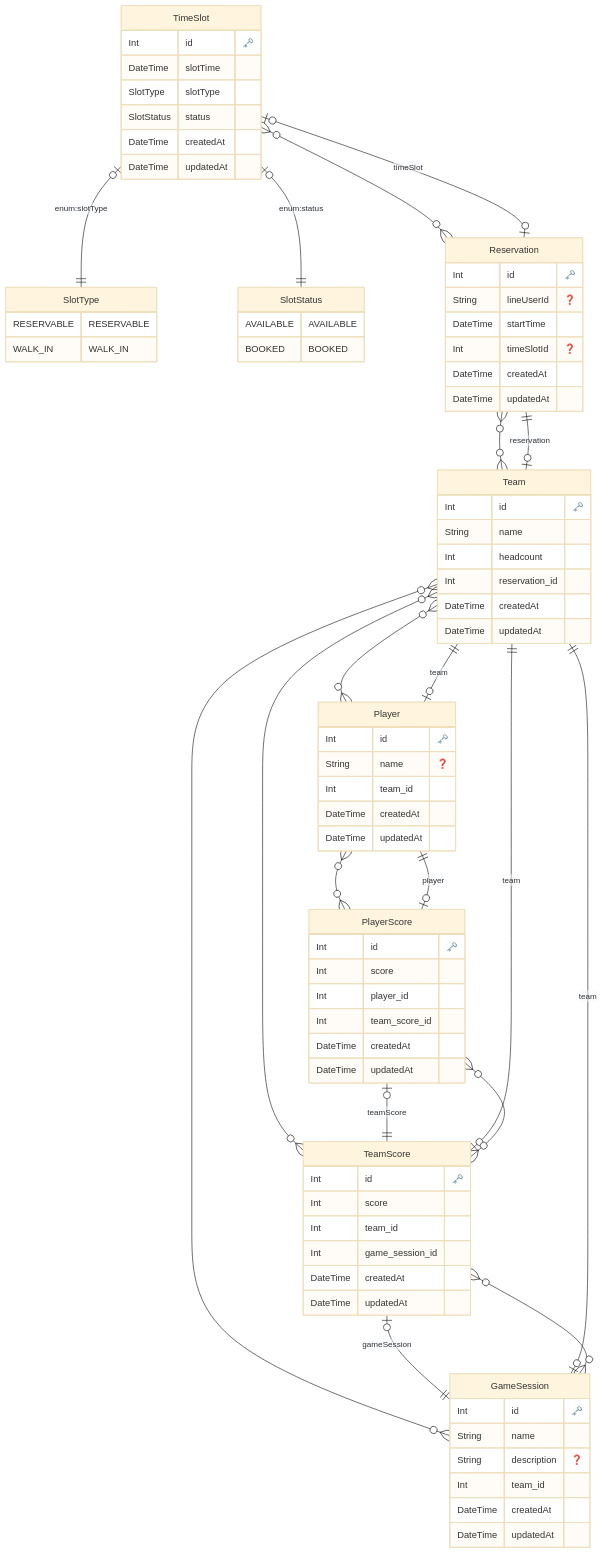
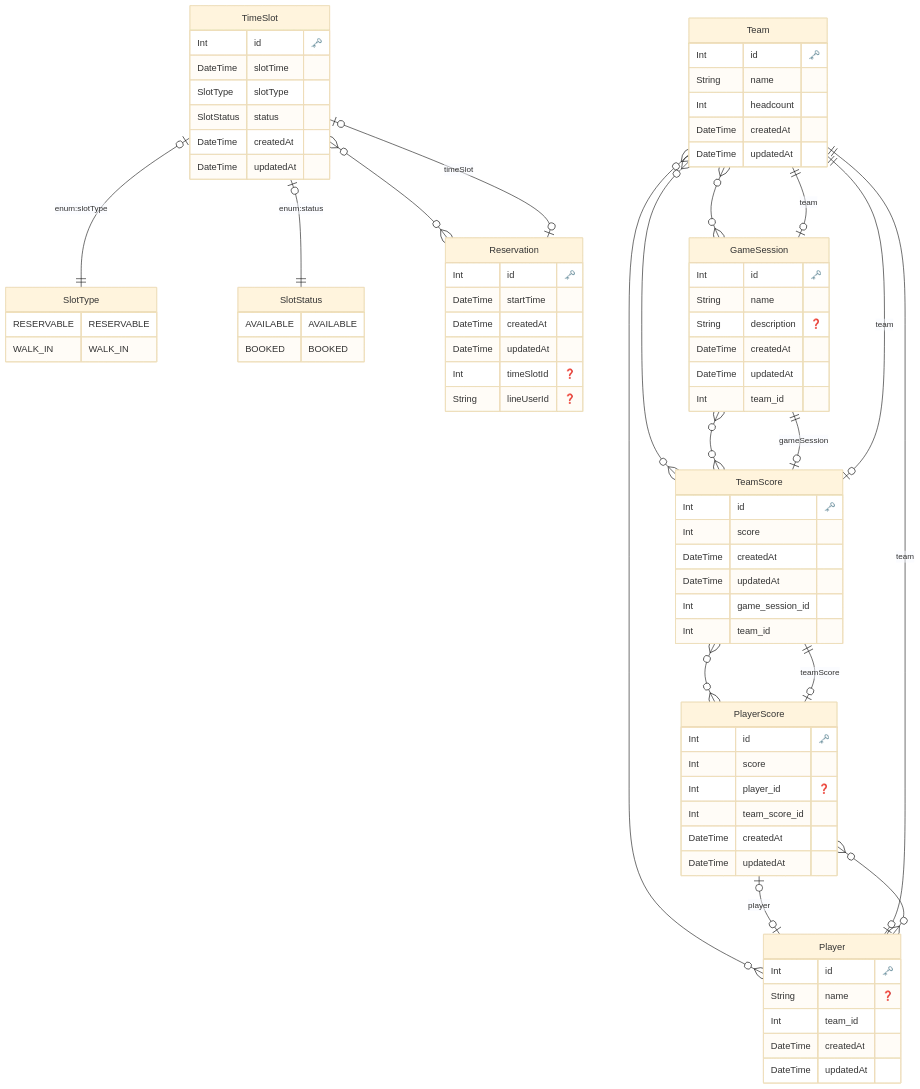
The diagram in prisma/ERD.md (Information-2024-s/reservation_system), drawn with Mermaid (base theme) before and after one commit. The commit also changed 3 other files, not shown here.

````diff
--- a/prisma/ERD.md
+++ b/prisma/ERD.md
@@ -25,11 +25,11 @@
 
   "Reservation" {
     Int id "🗝️"
-    String lineUserId "❓"
     DateTime startTime 
-    Int timeSlotId "❓"
     DateTime createdAt 
     DateTime updatedAt 
+    Int timeSlotId "❓"
+    String lineUserId "❓"
     }
   
 
@@ -37,7 +37,6 @@
     Int id "🗝️"
     String name 
     Int headcount 
-    Int reservation_id 
     DateTime createdAt 
     DateTime updatedAt 
     }
@@ -56,26 +55,26 @@
     Int id "🗝️"
     String name 
     String description "❓"
-    Int team_id 
     DateTime createdAt 
     DateTime updatedAt 
+    Int team_id 
     }
   
 
   "TeamScore" {
     Int id "🗝️"
     Int score 
-    Int team_id 
-    Int game_session_id 
     DateTime createdAt 
     DateTime updatedAt 
+    Int game_session_id 
+    Int team_id 
     }
   
 
   "PlayerScore" {
     Int id "🗝️"
     Int score 
-    Int player_id 
+    Int player_id "❓"
     Int team_score_id 
     DateTime createdAt 
     DateTime updatedAt 
@@ -85,18 +84,16 @@
     "TimeSlot" o|--|| "SlotStatus" : "enum:status"
     "TimeSlot" o{--}o "Reservation" : ""
     "Reservation" o|--|o "TimeSlot" : "timeSlot"
-    "Reservation" o{--}o "Team" : ""
-    "Team" o|--|| "Reservation" : "reservation"
+    "Team" o{--}o "GameSession" : ""
     "Team" o{--}o "Player" : ""
-    "Team" o{--}o "GameSession" : ""
     "Team" o{--}o "TeamScore" : ""
     "Player" o|--|| "Team" : "team"
     "Player" o{--}o "PlayerScore" : ""
     "GameSession" o|--|| "Team" : "team"
     "GameSession" o{--}o "TeamScore" : ""
+    "TeamScore" o{--}o "PlayerScore" : ""
+    "TeamScore" o|--|| "GameSession" : "gameSession"
     "TeamScore" o|--|| "Team" : "team"
-    "TeamScore" o|--|| "GameSession" : "gameSession"
-    "TeamScore" o{--}o "PlayerScore" : ""
-    "PlayerScore" o|--|| "Player" : "player"
+    "PlayerScore" o|--|o "Player" : "player"
     "PlayerScore" o|--|| "TeamScore" : "teamScore"
 ```
````
